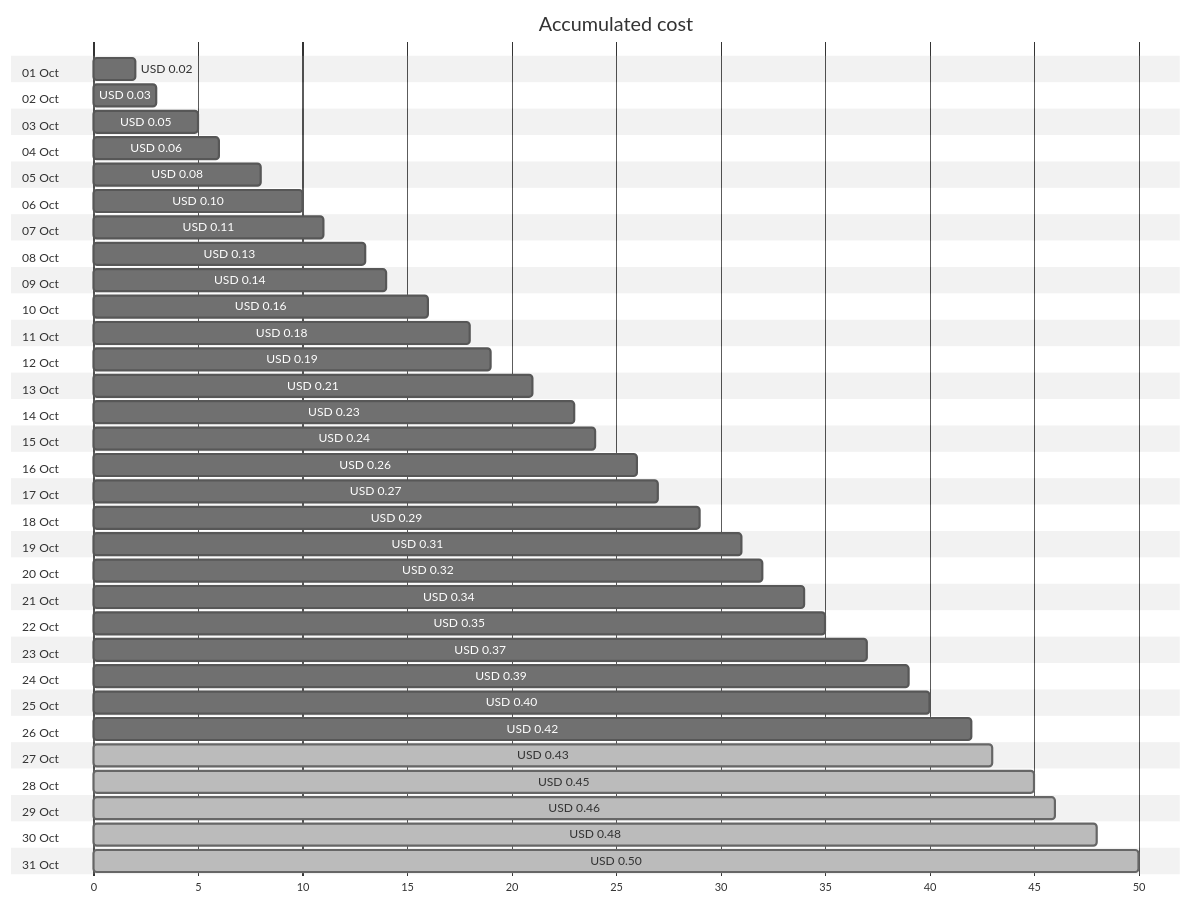
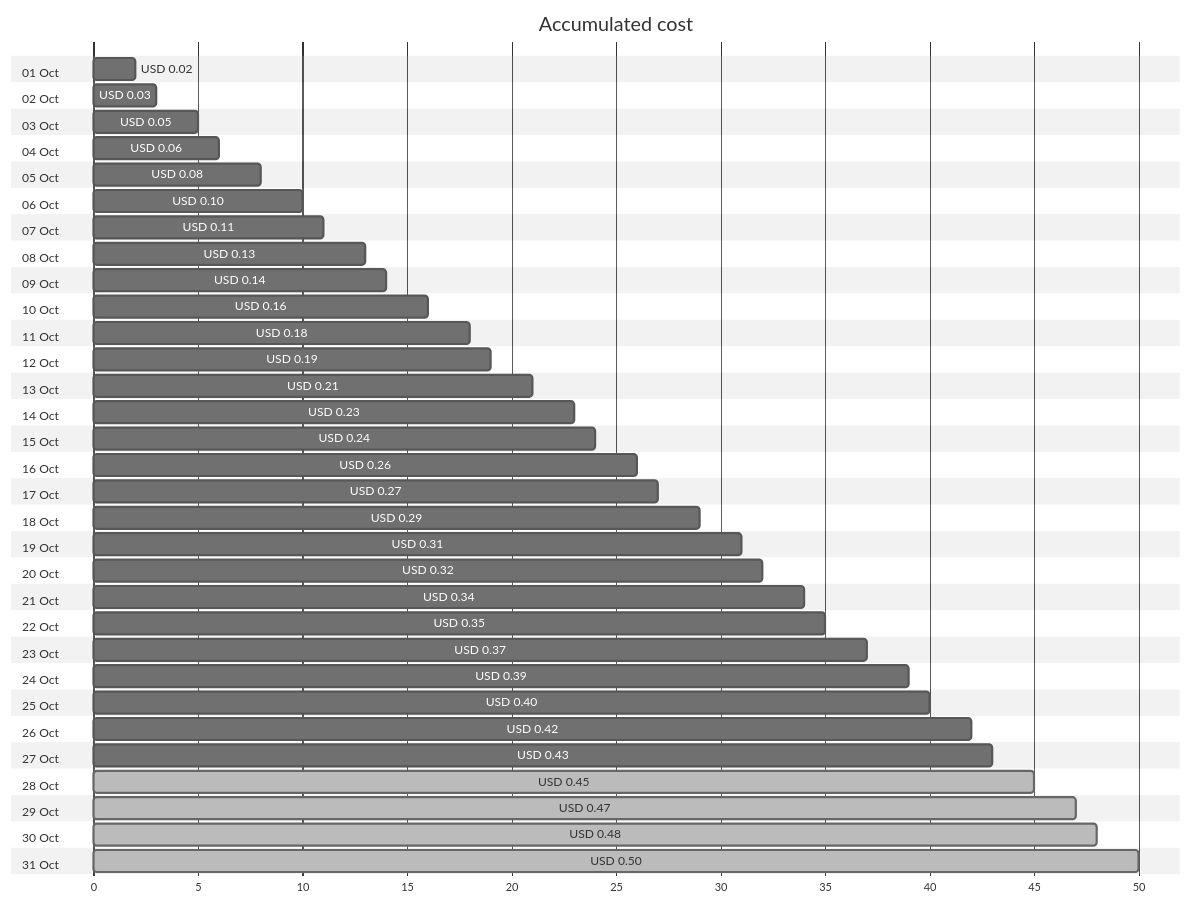
The first of 4 diagrams in cost-reports/personal-network/private.jpatrickfulton.com.md (jpfulton/azure-personal-reports), drawn with Mermaid (neutral theme) before and after one commit. The commit also changed other lines of this file and 8 other files, not shown here.

````diff
--- a/cost-reports/personal-network/private.jpatrickfulton.com.md
+++ b/cost-reports/personal-network/private.jpatrickfulton.com.md
@@ -20,68 +20,68 @@
 ```mermaid
 gantt
    title Accumulated cost
    dateFormat  X
    axisFormat %s
    section 01 Oct
    USD 0.02 :0, 2
    section 02 Oct
    USD 0.03 :0, 3
    section 03 Oct
    USD 0.05 :0, 5
    section 04 Oct
    USD 0.06 :0, 6
    section 05 Oct
    USD 0.08 :0, 8
    section 06 Oct
    USD 0.10 :0, 10
    section 07 Oct
    USD 0.11 :0, 11
    section 08 Oct
    USD 0.13 :0, 13
    section 09 Oct
    USD 0.14 :0, 14
    section 10 Oct
    USD 0.16 :0, 16
    section 11 Oct
    USD 0.18 :0, 18
    section 12 Oct
    USD 0.19 :0, 19
    section 13 Oct
    USD 0.21 :0, 21
    section 14 Oct
    USD 0.23 :0, 23
    section 15 Oct
    USD 0.24 :0, 24
    section 16 Oct
    USD 0.26 :0, 26
    section 17 Oct
    USD 0.27 :0, 27
    section 18 Oct
    USD 0.29 :0, 29
    section 19 Oct
    USD 0.31 :0, 31
    section 20 Oct
    USD 0.32 :0, 32
    section 21 Oct
    USD 0.34 :0, 34
    section 22 Oct
    USD 0.35 :0, 35
    section 23 Oct
    USD 0.37 :0, 37
    section 24 Oct
    USD 0.39 :0, 39
    section 25 Oct
    USD 0.40 :0, 40
    section 26 Oct
    USD 0.42 :0, 42
    section 27 Oct
-   USD 0.43 : done, 0, 43
+   USD 0.43 :0, 43
    section 28 Oct
    USD 0.45 : done, 0, 45
    section 29 Oct
-   USD 0.46 : done, 0, 46
+   USD 0.47 : done, 0, 47
    section 30 Oct
    USD 0.48 : done, 0, 48
    section 31 Oct
    USD 0.50 : done, 0, 50
 ```
````
